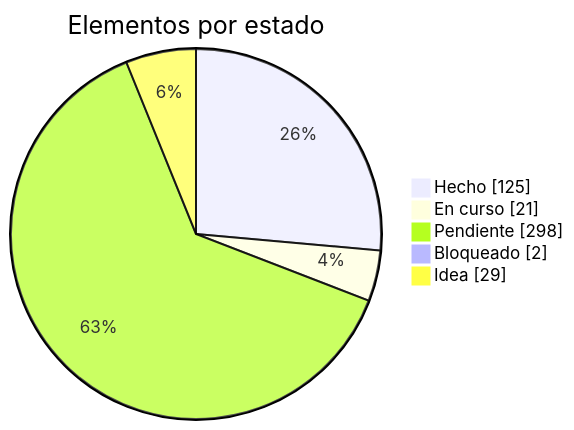
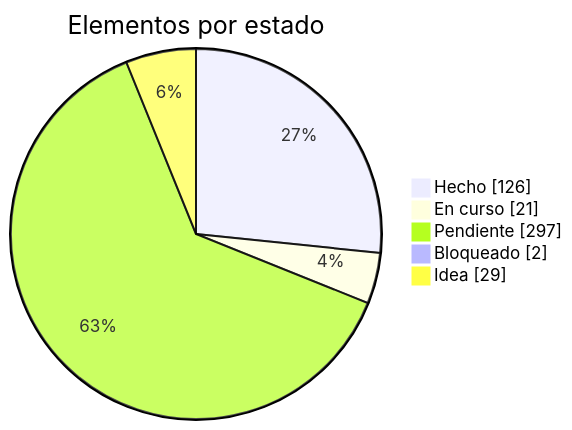
Before and after one commit to dariogea/BM27: the first of 2 diagrams in docs/roadmap.md, drawn with Mermaid. The commit also changed other lines of this file and 9 other files, not shown here.

````diff
--- a/docs/roadmap.md
+++ b/docs/roadmap.md
@@ -13,8 +13,8 @@
 ```mermaid
 pie showData title Elementos por estado
-  "Hecho" : 125
+  "Hecho" : 126
   "En curso" : 21
-  "Pendiente" : 298
+  "Pendiente" : 297
   "Bloqueado" : 2
   "Idea" : 29
 ```
````
